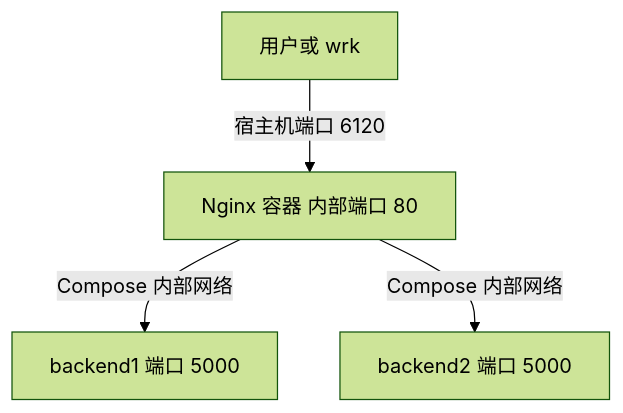
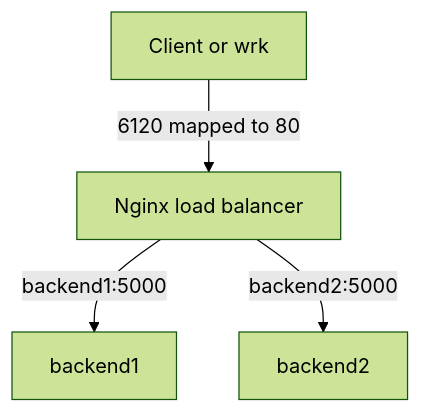
The diagram in README.md (20030419zhanghongyi/7403asign2), drawn with Mermaid (forest theme) before and after one commit. The commit also changed other lines of this file and 169 other files, not shown here.

````diff
--- a/README.md
+++ b/README.md
@@ -27,6 +28,6 @@
 ```mermaid
 flowchart TD
-    client[用户或 wrk] -->|宿主机端口 6120| nginx[Nginx 容器 内部端口 80]
-    nginx -->|Compose 内部网络| backend1[backend1 端口 5000]
-    nginx -->|Compose 内部网络| backend2[backend2 端口 5000]
+    client[Client or wrk] -->|6120 mapped to 80| nginx[Nginx load balancer]
+    nginx -->|backend1:5000| b1[backend1]
+    nginx -->|backend2:5000| b2[backend2]
 ```
````
